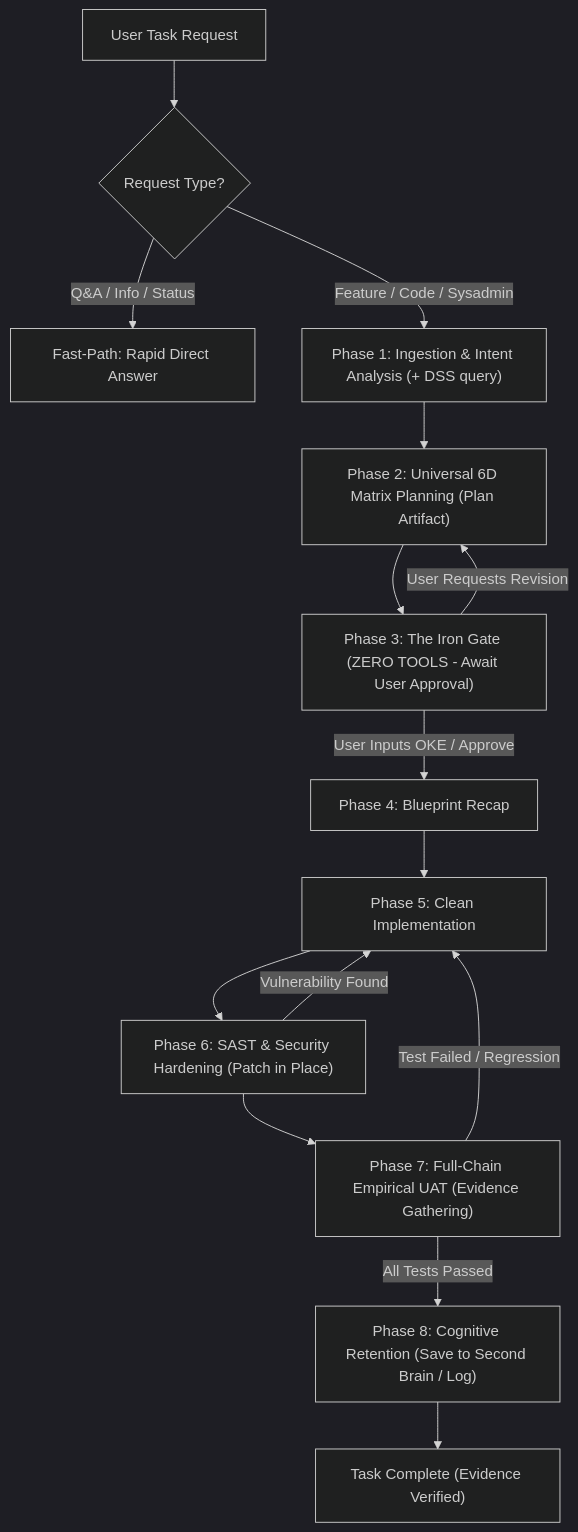
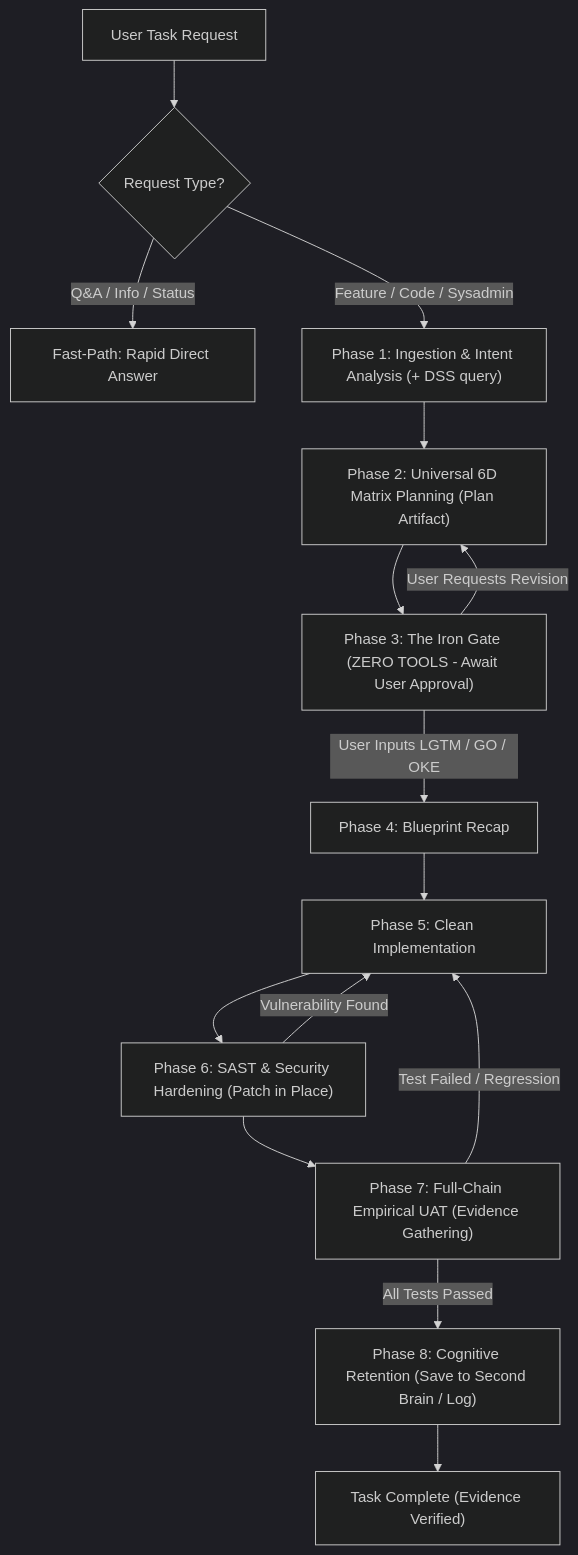
The diagram in README.md (lhermawan/friday-protocol), drawn with Mermaid (dark theme) before and after one commit. The commit also changed other lines of this file and 9 other files, not shown here.

````diff
--- a/README.md
+++ b/README.md
@@ -88,22 +88,22 @@
 ```mermaid
 flowchart TD
     A["User Task Request"] --> B{"Request Type?"}
     B -->|"Q&A / Info / Status"| C["Fast-Path: Rapid Direct Answer"]
     
     B -->|"Feature / Code / Sysadmin"| D["Phase 1: Ingestion & Intent Analysis (+ DSS query)"]
     D --> E["Phase 2: Universal 6D Matrix Planning (Plan Artifact)"]
     
     E --> F["Phase 3: The Iron Gate (ZERO TOOLS - Await User Approval)"]
     F -->|"User Requests Revision"| E
-    F -->|"User Inputs OKE / Approve"| G["Phase 4: Blueprint Recap"]
+    F -->|"User Inputs LGTM / GO / OKE"| G["Phase 4: Blueprint Recap"]
     
     G --> H["Phase 5: Clean Implementation"]
     H --> I["Phase 6: SAST & Security Hardening (Patch in Place)"]
     I -->|"Vulnerability Found"| H
     
     I --> J["Phase 7: Full-Chain Empirical UAT (Evidence Gathering)"]
     J -->|"Test Failed / Regression"| H
     
     J -->|"All Tests Passed"| K["Phase 8: Cognitive Retention (Save to Second Brain / Log)"]
     K --> L["Task Complete (Evidence Verified)"]
 ```
````
